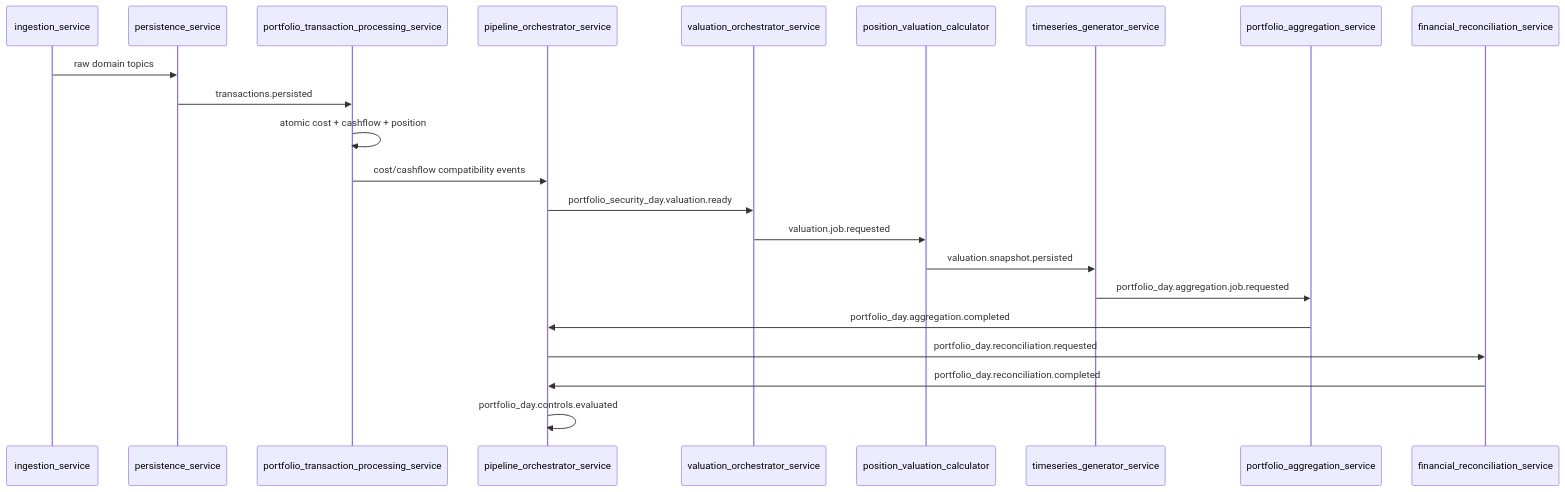
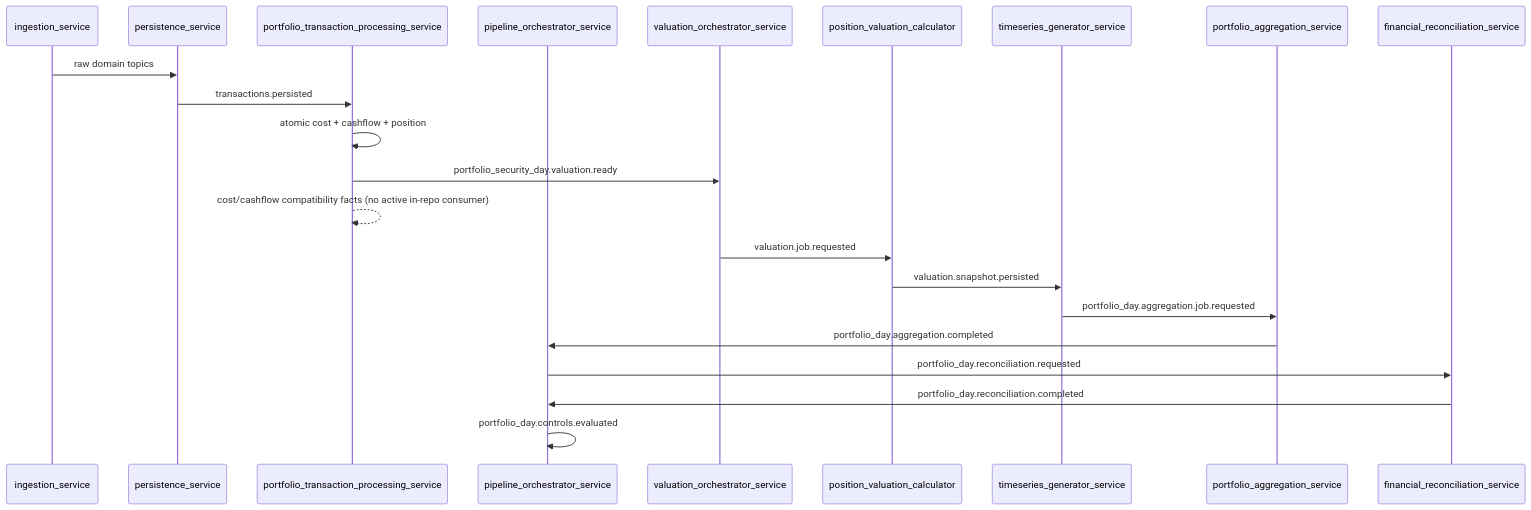
The third of 3 diagrams in docs/architecture/current-state-architecture-map.md (sgajbi/lotus-core), drawn with Mermaid before and after one commit. The commit also changed other lines of this file and 10 other files, not shown here.

Commit message:
docs(architecture): record pipeline readiness retirement

````diff
--- a/docs/architecture/current-state-architecture-map.md
+++ b/docs/architecture/current-state-architecture-map.md
@@ -175,25 +175,25 @@
 ```mermaid
 sequenceDiagram
     participant Ingest as ingestion_service
     participant Persist as persistence_service
     participant Txn as portfolio_transaction_processing_service
     participant Pipe as pipeline_orchestrator_service
     participant ValOrch as valuation_orchestrator_service
     participant Val as position_valuation_calculator
     participant Ts as timeseries_generator_service
     participant Agg as portfolio_aggregation_service
     participant Recon as financial_reconciliation_service
 
     Ingest->>Persist: raw domain topics
     Persist->>Txn: transactions.persisted
     Txn->>Txn: atomic cost + cashflow + position
-    Txn->>Pipe: cost/cashflow compatibility events
-    Pipe->>ValOrch: portfolio_security_day.valuation.ready
+    Txn->>ValOrch: portfolio_security_day.valuation.ready
+    Txn-->>Txn: cost/cashflow compatibility facts (no active in-repo consumer)
     ValOrch->>Val: valuation.job.requested
     Val->>Ts: valuation.snapshot.persisted
     Ts->>Agg: portfolio_day.aggregation.job.requested
     Agg->>Pipe: portfolio_day.aggregation.completed
     Pipe->>Recon: portfolio_day.reconciliation.requested
     Recon->>Pipe: portfolio_day.reconciliation.completed
     Pipe->>Pipe: portfolio_day.controls.evaluated
 ```
````
